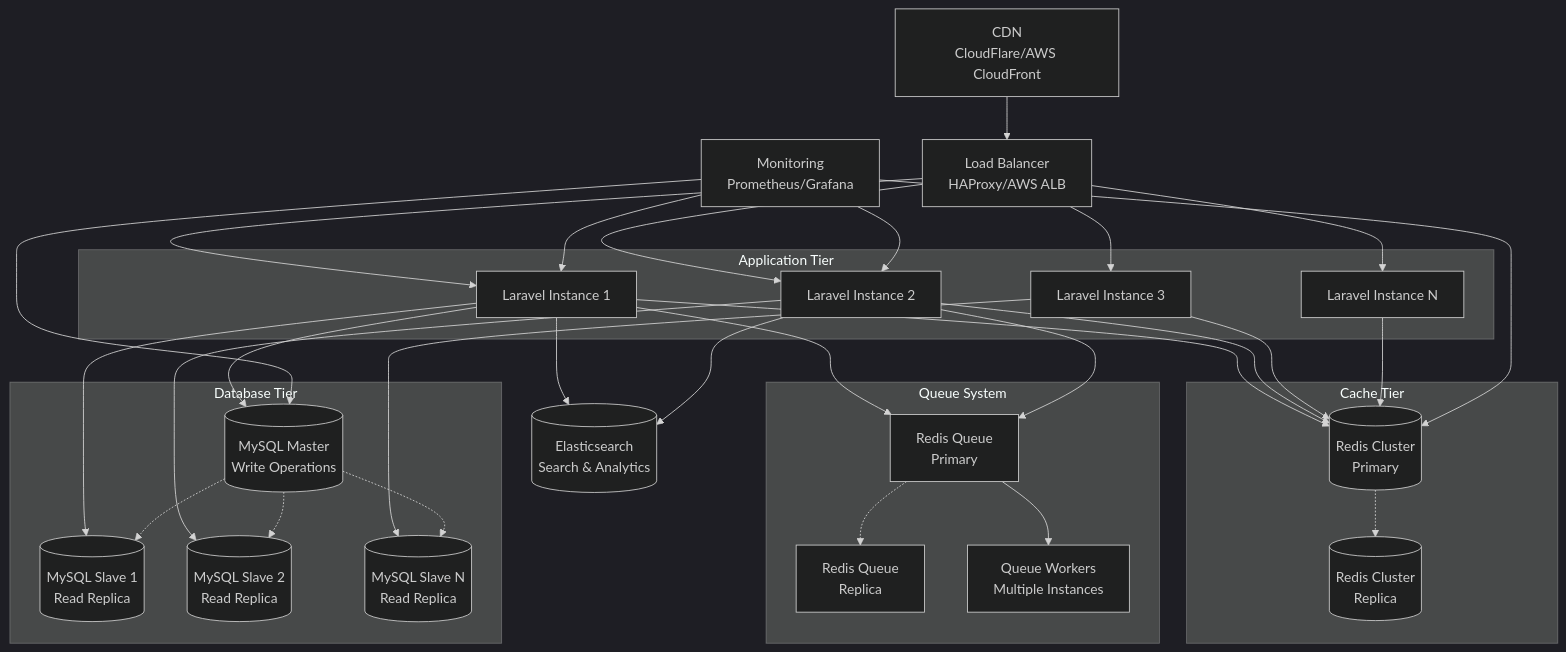
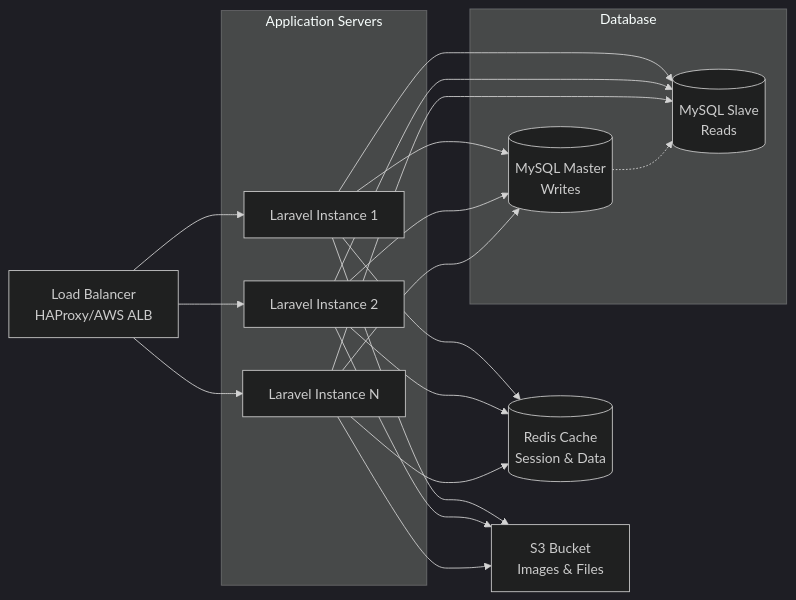
The second of 2 diagrams in README.md (shawki-iuxit/appointment-booking-system), drawn with Mermaid (dark theme) before and after one commit. The commit also changed other lines of this file, not shown here.

````diff
--- a/README.md
+++ b/README.md
@@ -187,79 +187,41 @@
 ```mermaid
-graph TB
-    %% Load Balancer Layer
+graph LR
     LB[Load Balancer<br/>HAProxy/AWS ALB]
     
-    %% CDN Layer
-    CDN[CDN<br/>CloudFlare/AWS CloudFront]
-    
-    %% Application Layer
-    subgraph "Application Tier"
+    subgraph "Application Servers"
         APP1[Laravel Instance 1]
-        APP2[Laravel Instance 2]
-        APP3[Laravel Instance 3]
-        APPN[Laravel Instance N]
+        APP2[Laravel Instance 2] 
+        APP3[Laravel Instance N]
     end
     
-    %% Cache Layer
-    subgraph "Cache Tier"
-        REDIS1[(Redis Cluster<br/>Primary)]
-        REDIS2[(Redis Cluster<br/>Replica)]
+    REDIS[(Redis Cache<br/>Session & Data)]
+    
+    subgraph "Database"
+        DB_MASTER[(MySQL Master<br/>Writes)]
+        DB_SLAVE[(MySQL Slave<br/>Reads)]
     end
     
-    %% Queue System
-    subgraph "Queue System"
-        QUEUE1[Redis Queue<br/>Primary]
-        QUEUE2[Redis Queue<br/>Replica]
-        WORKERS[Queue Workers<br/>Multiple Instances]
-    end
+    S3[S3 Bucket<br/>Images & Files]
     
-    %% Database Layer
-    subgraph "Database Tier"
-        DB_MASTER[(MySQL Master<br/>Write Operations)]
-        DB_SLAVE1[(MySQL Slave 1<br/>Read Replica)]
-        DB_SLAVE2[(MySQL Slave 2<br/>Read Replica)]
-        DB_SLAVE3[(MySQL Slave N<br/>Read Replica)]
-    end
-    
-    %% Search Engine
-    ELASTIC[(Elasticsearch<br/>Search & Analytics)]
-    
-    %% Monitoring
-    MONITOR[Monitoring<br/>Prometheus/Grafana]
-    
-    %% Connections
-    CDN --> LB
     LB --> APP1
     LB --> APP2
     LB --> APP3
-    LB --> APPN
     
-    APP1 --> REDIS1
-    APP2 --> REDIS1
-    APP3 --> REDIS1
-    APPN --> REDIS1
-    
-    REDIS1 -.-> REDIS2
-    
-    APP1 --> QUEUE1
-    APP2 --> QUEUE1
-    QUEUE1 -.-> QUEUE2
-    QUEUE1 --> WORKERS
+    APP1 --> REDIS
+    APP2 --> REDIS
+    APP3 --> REDIS
     
     APP1 --> DB_MASTER
-    APP1 --> DB_SLAVE1
-    APP2 --> DB_SLAVE2
-    APP3 --> DB_SLAVE3
+    APP2 --> DB_MASTER
+    APP3 --> DB_MASTER
     
-    DB_MASTER -.-> DB_SLAVE1
-    DB_MASTER -.-> DB_SLAVE2
-    DB_MASTER -.-> DB_SLAVE3
+    APP1 --> DB_SLAVE
+    APP2 --> DB_SLAVE
+    APP3 --> DB_SLAVE
     
-    APP1 --> ELASTIC
-    APP2 --> ELASTIC
+    DB_MASTER -.-> DB_SLAVE
     
-    MONITOR --> APP1
-    MONITOR --> APP2
-    MONITOR --> DB_MASTER
-    MONITOR --> REDIS1
+    APP1 --> S3
+    APP2 --> S3
+    APP3 --> S3
 ```
````
